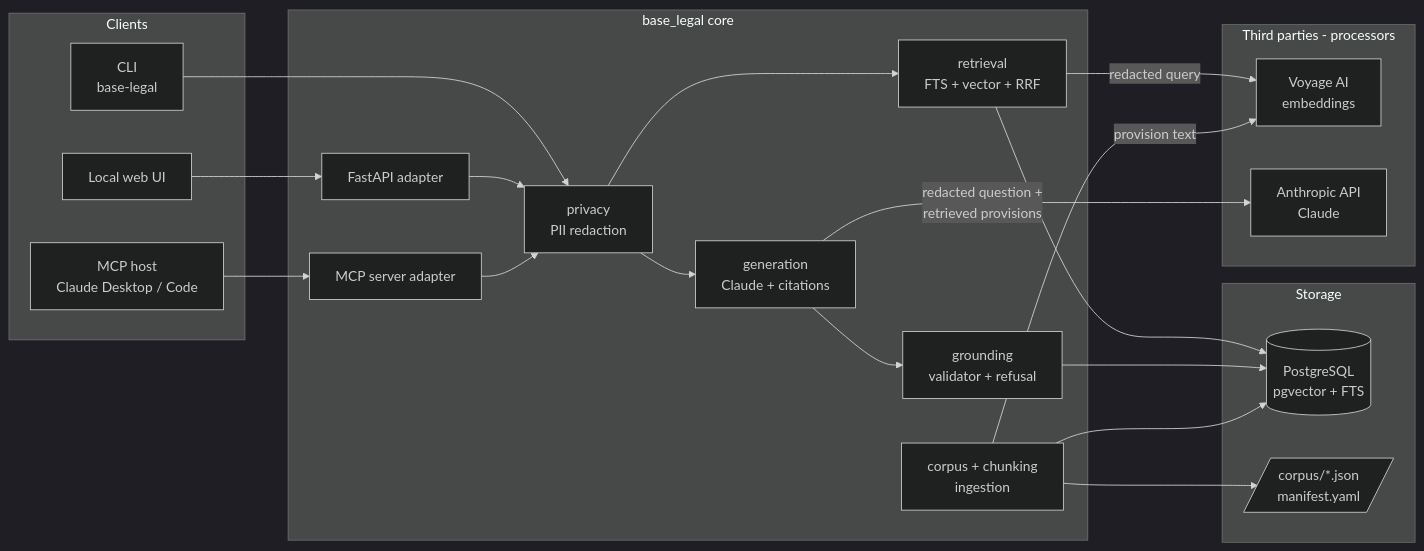
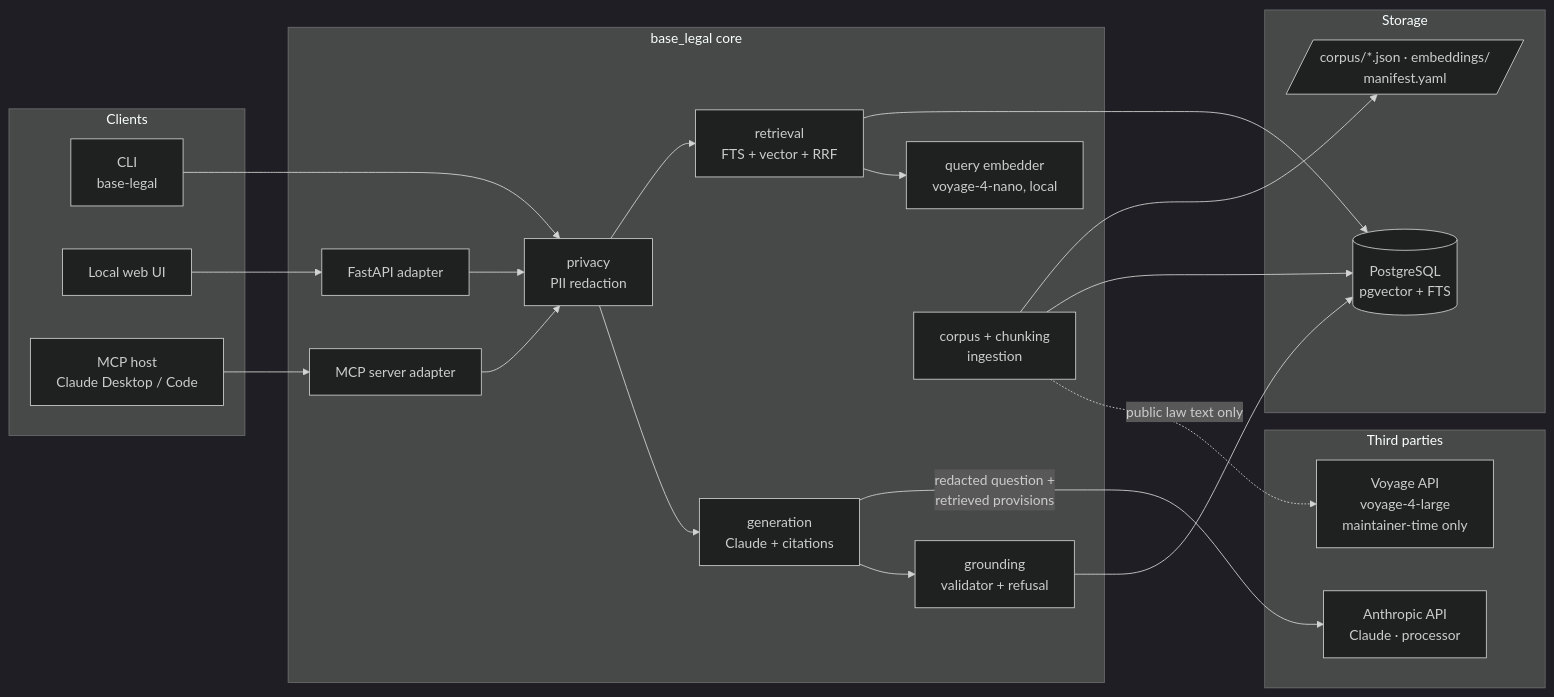
The first of 4 diagrams in docs/ARCHITECTURE.md (lucianocf/base-legal), drawn with Mermaid (dark theme) before and after one commit. The commit also changed other lines of this file and 7 other files, not shown here.

First line of the commit message:
docs: switch to asymmetric Voyage 4 embeddings with local query model

````diff
--- a/docs/ARCHITECTURE.md
+++ b/docs/ARCHITECTURE.md
@@ -10,39 +10,40 @@
 ```mermaid
 flowchart LR
     subgraph Clients
         CLI[CLI<br/>base-legal]
         UI[Local web UI]
         MCPH[MCP host<br/>Claude Desktop / Code]
     end
 
     subgraph base_legal[base_legal core]
         API[FastAPI adapter]
         MCP[MCP server adapter]
         PRIV[privacy<br/>PII redaction]
         RET[retrieval<br/>FTS + vector + RRF]
+        NANO[query embedder<br/>voyage-4-nano, local]
         GEN[generation<br/>Claude + citations]
         GRD[grounding<br/>validator + refusal]
         ING[corpus + chunking<br/>ingestion]
     end
 
     subgraph Storage
         PG[(PostgreSQL<br/>pgvector + FTS)]
-        CORPUS[/corpus/*.json<br/>manifest.yaml/]
+        CORPUS[/corpus/*.json · embeddings/<br/>manifest.yaml/]
     end
 
-    subgraph Third_parties[Third parties - processors]
-        VOY[Voyage AI<br/>embeddings]
-        ANT[Anthropic API<br/>Claude]
+    subgraph Third_parties[Third parties]
+        VOY[Voyage API<br/>voyage-4-large<br/>maintainer-time only]
+        ANT[Anthropic API<br/>Claude · processor]
     end
 
     CLI --> PRIV
     UI --> API --> PRIV
     MCPH --> MCP --> PRIV
     PRIV --> RET --> PG
-    RET -- redacted query --> VOY
+    RET --> NANO
     PRIV --> GEN -- redacted question +<br/>retrieved provisions --> ANT
     GEN --> GRD --> PG
     ING --> CORPUS
     ING --> PG
-    ING -- provision text --> VOY
+    ING -. public law text only .-> VOY
 ```
````
